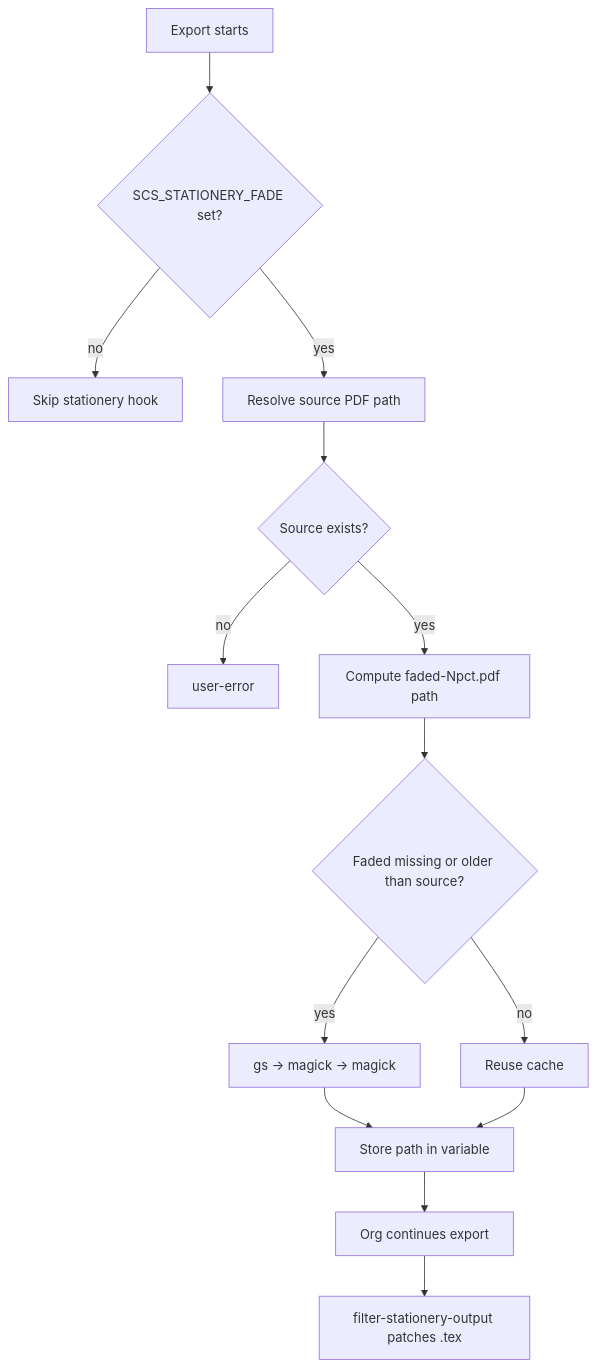
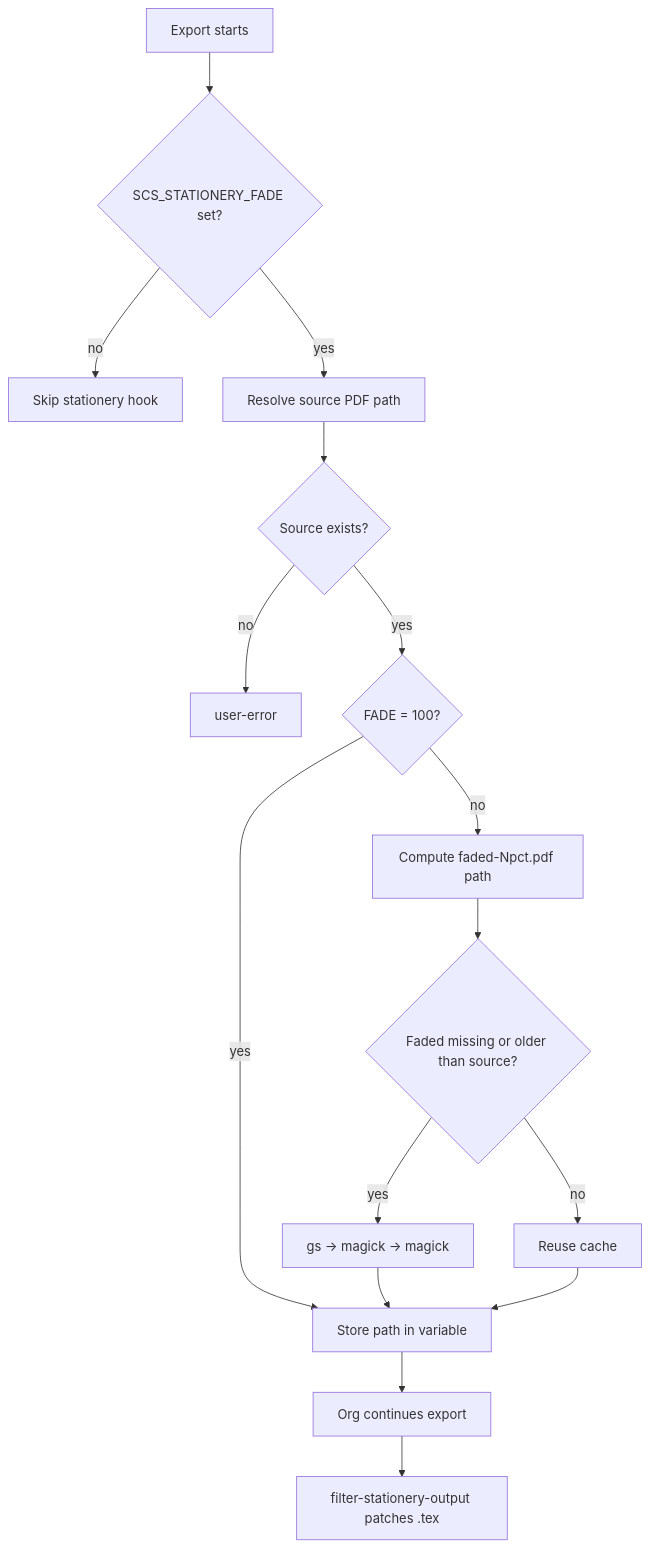
One commit to scsets/config-emacs changed the second of 2 diagrams in lisp/doc/latex-export-hook-explained.org. Above: the diagram before and after it, drawn with Mermaid. The commit also changed other lines of this file and 7 other files, not shown here.

```diff
--- a/lisp/doc/latex-export-hook-explained.org
+++ b/lisp/doc/latex-export-hook-explained.org
@@ -290,16 +297,18 @@
 #+begin_src mermaid :file stationery-regenerate.png :exports results
 flowchart TD
   A[Export starts] --> B{SCS_STATIONERY_FADE set?}
   B -->|no| Z[Skip stationery hook]
   B -->|yes| C[Resolve source PDF path]
   C --> D{Source exists?}
   D -->|no| E[user-error]
-  D -->|yes| F[Compute faded-Npct.pdf path]
+  D -->|yes| FC{FADE = 100?}
+  FC -->|yes| J[Store path in variable]
+  FC -->|no| F[Compute faded-Npct.pdf path]
   F --> G{Faded missing or older than source?}
   G -->|yes| H[gs → magick → magick]
   G -->|no| I[Reuse cache]
-  H --> J[Store path in variable]
+  H --> J
   I --> J
   J --> K[Org continues export]
   K --> L[filter-stationery-output patches .tex]
 #+end_src
```
